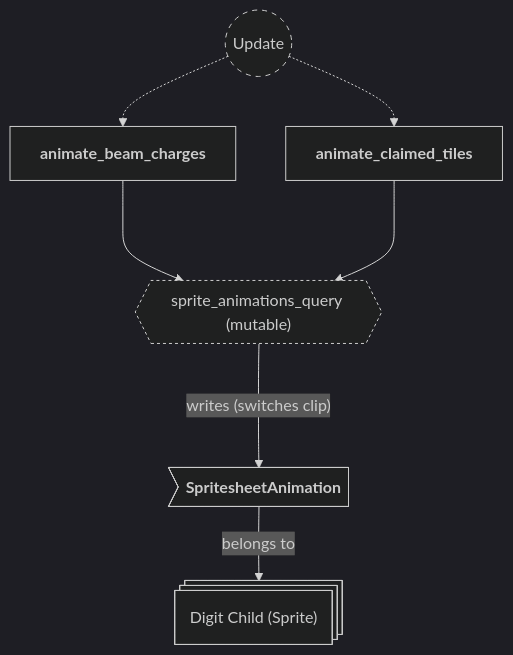
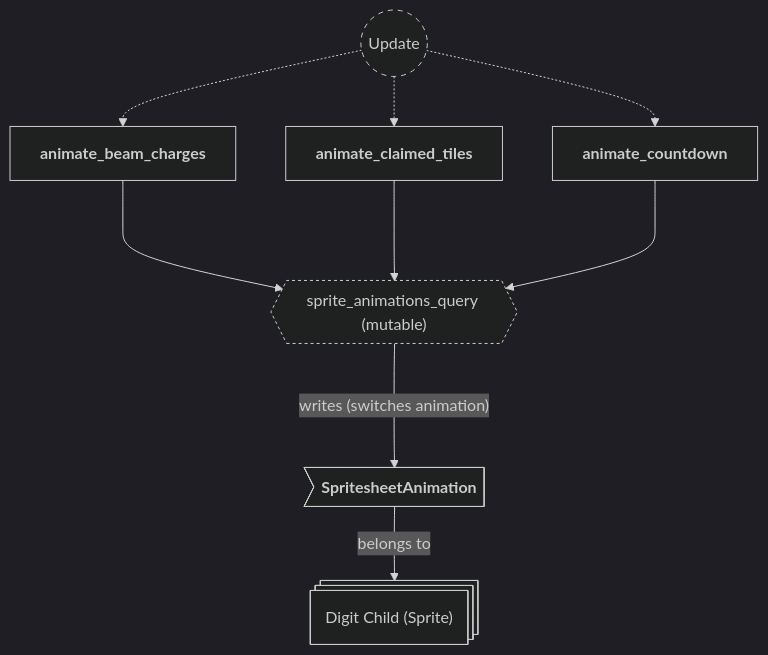
One commit to neurosoup/tyled changed diagram 15 of 22 in backlog/docs/doc-14 - 012-HUD-plugin.md. Above: the diagram before and after it, drawn with Mermaid. The commit also changed other lines of this file and 2 other files, not shown here.

First line of the commit message:
Docs: update doc-14 HUD plugin and doc-12 CRUD; build digit animations once

````diff
--- a/backlog/docs/doc-14 - 012-HUD-plugin.md
+++ b/backlog/docs/doc-14 - 012-HUD-plugin.md
@@ -537,27 +560,30 @@
 ```mermaid
 ---
 config:
   theme: dark
 ---
 
 flowchart TD
 classDef system-group stroke-dasharray: 5 5
 classDef query stroke-dasharray: 3 3
 
 update(("`Update`")):::system-group
 animate_beam_charges["`**animate_beam_charges**`"]
 animate_claimed_tiles["`**animate_claimed_tiles**`"]
+animate_countdown["`**animate_countdown**`"]
 
 update -.-> animate_beam_charges
 update -.-> animate_claimed_tiles
+update -.-> animate_countdown
 
 sprite_animations_query{{"`sprite_animations_query (mutable)`"}}:::query
 animate_beam_charges ---> sprite_animations_query
 animate_claimed_tiles ---> sprite_animations_query
+animate_countdown ---> sprite_animations_query
 
 digit_child_entity@{ shape: st-rect, label: "Digit Child (Sprite)" }
 
 dc_anim>"`**SpritesheetAnimation**`"] --> |belongs to| digit_child_entity
 
-sprite_animations_query ---> |"writes (switches clip)"| dc_anim
+sprite_animations_query ---> |"writes (switches animation)"| dc_anim
 ```
````
